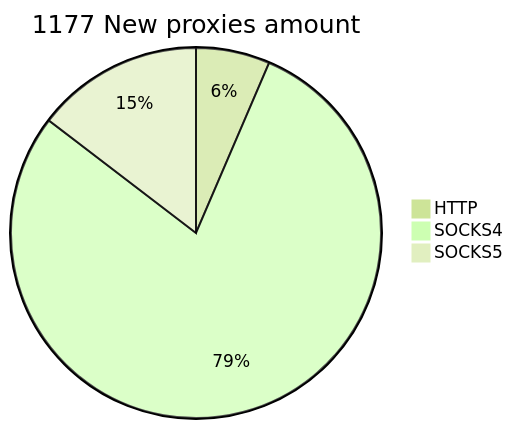
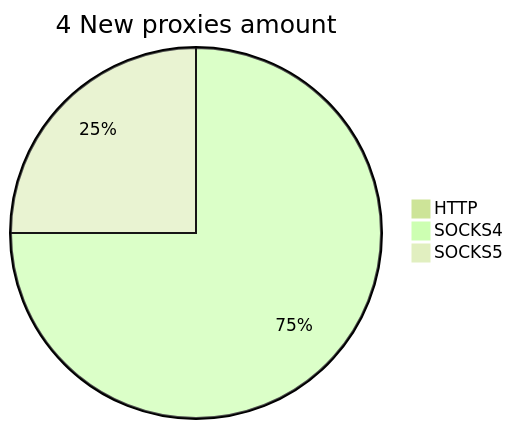
Before and after one commit to cutipu/proxylist: the second of 2 diagrams in README.md, drawn with Mermaid (forest theme). The commit also changed other lines of this file, not shown here.

````diff
--- a/README.md
+++ b/README.md
@@ -10,6 +10,6 @@
 ```mermaid
-pie title 1177 New proxies amount
-    "HTTP" : 76
-    "SOCKS4" : 929
-    "SOCKS5" : 172
+pie title 4 New proxies amount
+    "HTTP" : 0
+    "SOCKS4" : 3
+    "SOCKS5" : 1
 ```
````
